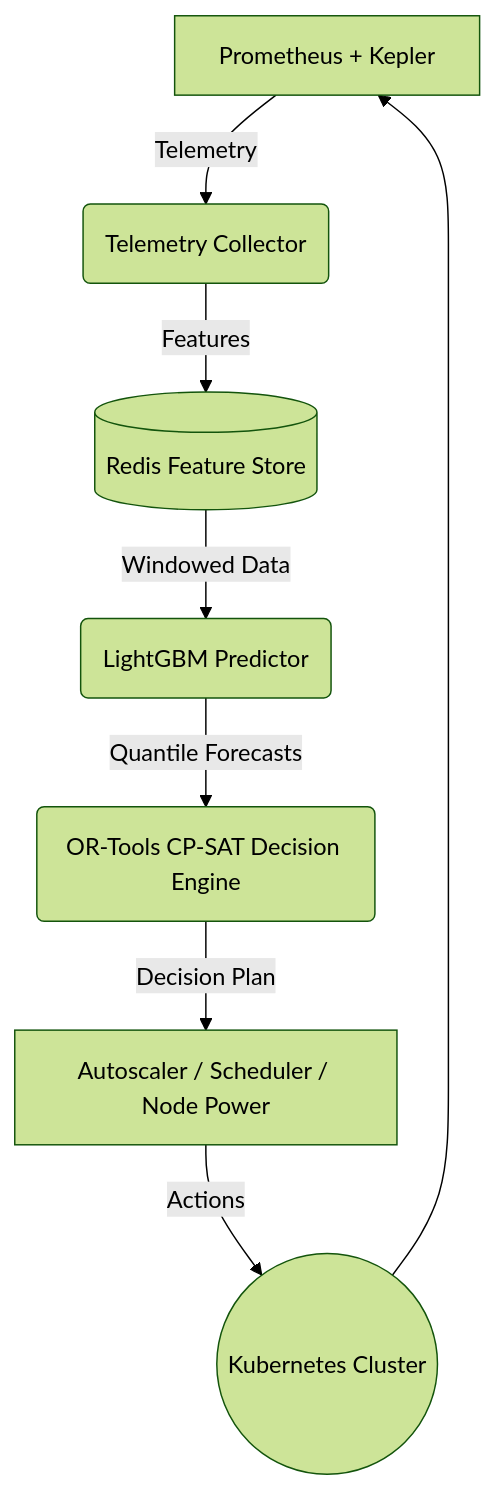
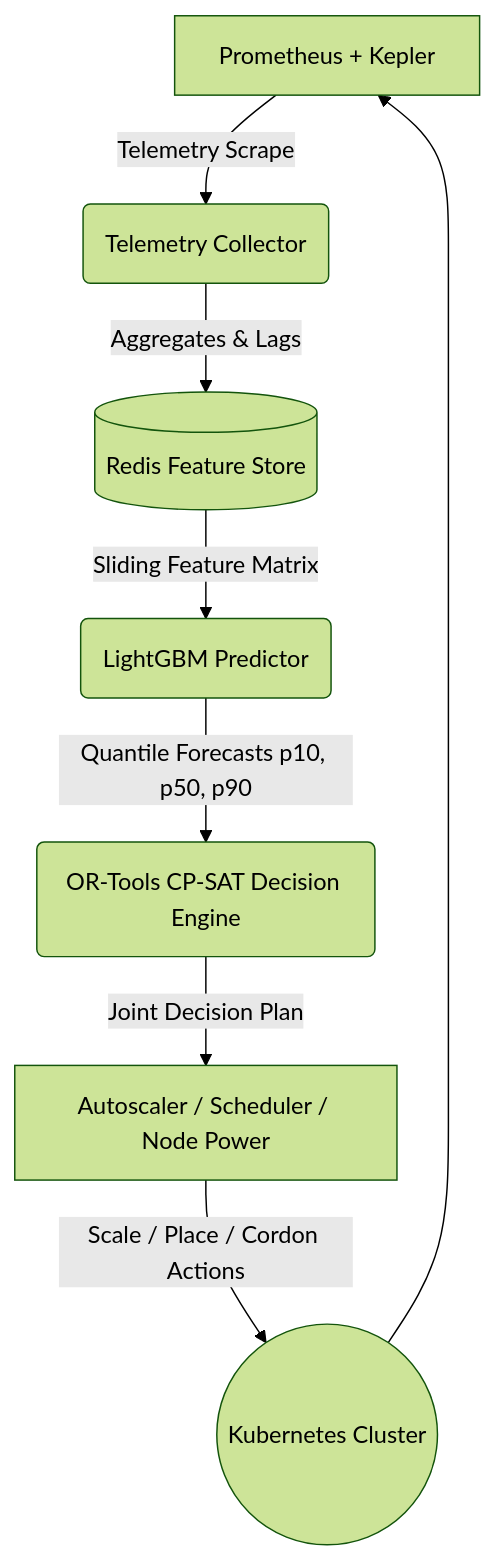
Before and after one commit to yashlund05/aegis-cloud: the diagram in README.md, drawn with Mermaid (forest theme). The commit also changed other lines of this file and 4 other files, not shown here.

````diff
--- a/README.md
+++ b/README.md
@@ -15,10 +12,10 @@
 ```mermaid
 graph TD
-    A[Prometheus + Kepler] -->|Telemetry| B(Telemetry Collector)
-    B -->|Features| C[(Redis Feature Store)]
-    C -->|Windowed Data| D(LightGBM Predictor)
-    D -->|Quantile Forecasts| E(OR-Tools CP-SAT Decision Engine)
-    E -->|Decision Plan| F[Autoscaler / Scheduler / Node Power]
-    F -->|Actions| G((Kubernetes Cluster))
+    A[Prometheus + Kepler] -->|Telemetry Scrape| B(Telemetry Collector)
+    B -->|Aggregates & Lags| C[(Redis Feature Store)]
+    C -->|Sliding Feature Matrix| D(LightGBM Predictor)
+    D -->|Quantile Forecasts p10, p50, p90| E(OR-Tools CP-SAT Decision Engine)
+    E -->|Joint Decision Plan| F[Autoscaler / Scheduler / Node Power]
+    F -->|Scale / Place / Cordon Actions| G((Kubernetes Cluster))
     G --> A
 ```
````
